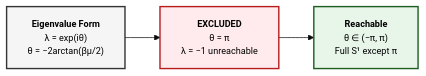
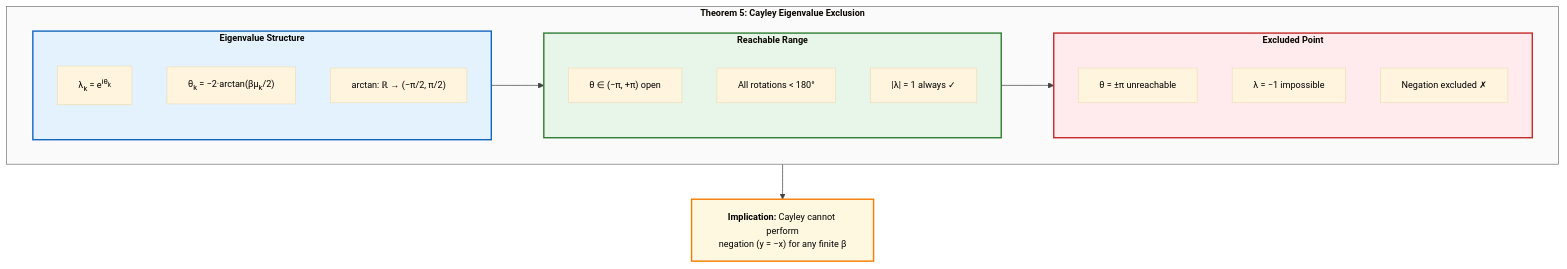
Before and after one commit to arash-shahmansoori/edelta: the second of 10 diagrams in docs/RESEARCH.md, drawn with Mermaid. The commit also changed other lines of this file and 4 other files, not shown here.

First line of the commit message:
Enhance RESEARCH.md with publication-quality diagrams and sequential figure numbering

````diff
--- a/docs/RESEARCH.md
+++ b/docs/RESEARCH.md
@@ -445,10 +452,36 @@
 ```mermaid
-%%{init: {'theme': 'base', 'themeVariables': { 'fontSize': '13px', 'fontFamily': 'Arial, Helvetica, sans-serif', 'primaryTextColor': '#000000'}}}%%
-flowchart LR
-    A["<b>Eigenvalue Form</b><br/>λ = exp(iθ)<br/>θ = −2arctan(βμ/2)"] --> B["<b>EXCLUDED</b><br/>θ = π<br/>λ = −1 unreachable"]
-    B --> C["<b>Reachable</b><br/>θ ∈ (−π, π)<br/>Full S¹ except π"]
+%%{init: {'theme': 'base', 'themeVariables': { 'fontSize': '13px', 'fontFamily': 'Georgia, Times New Roman, serif', 'primaryTextColor': '#000000', 'lineColor': '#424242'}}}%%
+flowchart TB
+    subgraph CAYLEY["<b>Theorem 5: Cayley Eigenvalue Exclusion</b>"]
+        direction LR
+        
+        subgraph FORM["<b>Eigenvalue Structure</b>"]
+            F1["λ<sub>k</sub> = e<sup>iθ<sub>k</sub></sup>"]
+            F2["θ<sub>k</sub> = −2·arctan(βμ<sub>k</sub>/2)"]
+            F3["arctan: ℝ → (−π/2, π/2)"]
+        end
+        
+        subgraph RANGE["<b>Reachable Range</b>"]
+            R1["θ ∈ (−π, +π) open"]
+            R2["All rotations < 180°"]
+            R3["|λ| = 1 always ✓"]
+        end
+        
+        subgraph EXCL["<b>Excluded Point</b>"]
+            E1["θ = ±π unreachable"]
+            E2["λ = −1 impossible"]
+            E3["Negation excluded ✗"]
+        end
+        
+        FORM --> RANGE
+        RANGE --> EXCL
+    end
     
-    style A fill:#f5f5f5,stroke:#333333,stroke-width:2px
-    style B fill:#ffebee,stroke:#b71c1c,stroke-width:2px
-    style C fill:#e8f5e9,stroke:#1b5e20,stroke-width:2px
+    EXCL --> IMPL["<b>Implication:</b> Cayley cannot perform<br/>negation (y = −x) for any finite β"]
+    
+    style FORM fill:#e3f2fd,stroke:#1565c0,stroke-width:2px
+    style RANGE fill:#e8f5e9,stroke:#2e7d32,stroke-width:2px
+    style EXCL fill:#ffebee,stroke:#c62828,stroke-width:2px
+    style CAYLEY fill:#fafafa,stroke:#757575,stroke-width:1px
+    style IMPL fill:#fff8e1,stroke:#f57c00,stroke-width:2px
 ```
````
